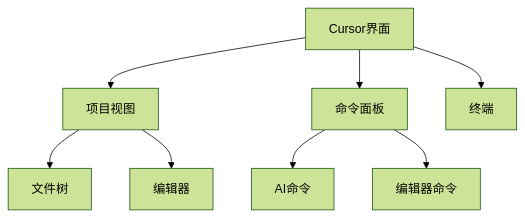
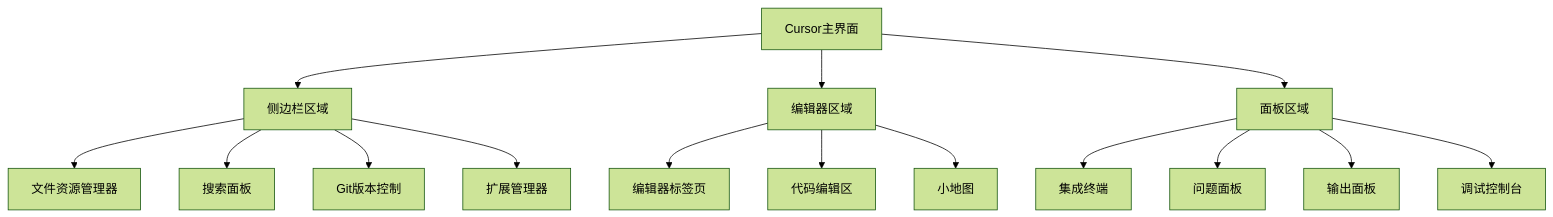
Before and after one commit to wutongci/cursor-courses: the diagram in base/第一章-基础入门.md, drawn with Mermaid (forest theme). The commit also changed other lines of this file and 2 other files, not shown here.

````diff
--- a/base/第一章-基础入门.md
+++ b/base/第一章-基础入门.md
@@ -24,10 +78,20 @@
 ```mermaid
 graph TD
-A[Cursor界面] --> B[项目视图]
-B --> C[文件树]
-B --> D[编辑器]
-A --> E[命令面板]
-E --> F[AI命令]
-E --> G[编辑器命令]
-A --> H[终端]
+    A[Cursor主界面] --> B[侧边栏区域]
+    A --> C[编辑器区域]
+    A --> D[面板区域]
+    
+    B --> B1[文件资源管理器]
+    B --> B2[搜索面板]
+    B --> B3[Git版本控制]
+    B --> B4[扩展管理器]
+    
+    C --> C1[编辑器标签页]
+    C --> C2[代码编辑区]
+    C --> C3[小地图]
+    
+    D --> D1[集成终端]
+    D --> D2[问题面板]
+    D --> D3[输出面板]
+    D --> D4[调试控制台]
 ```
````
